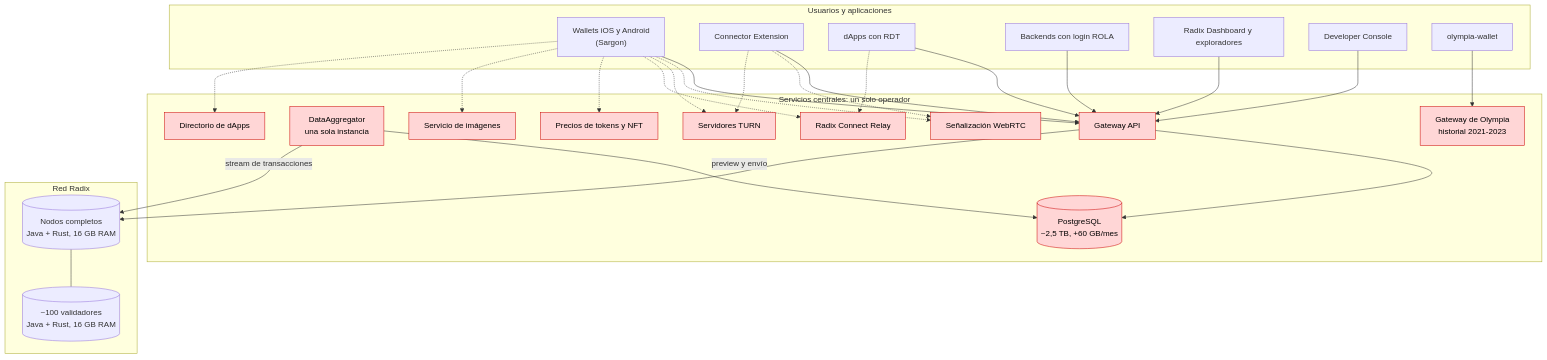
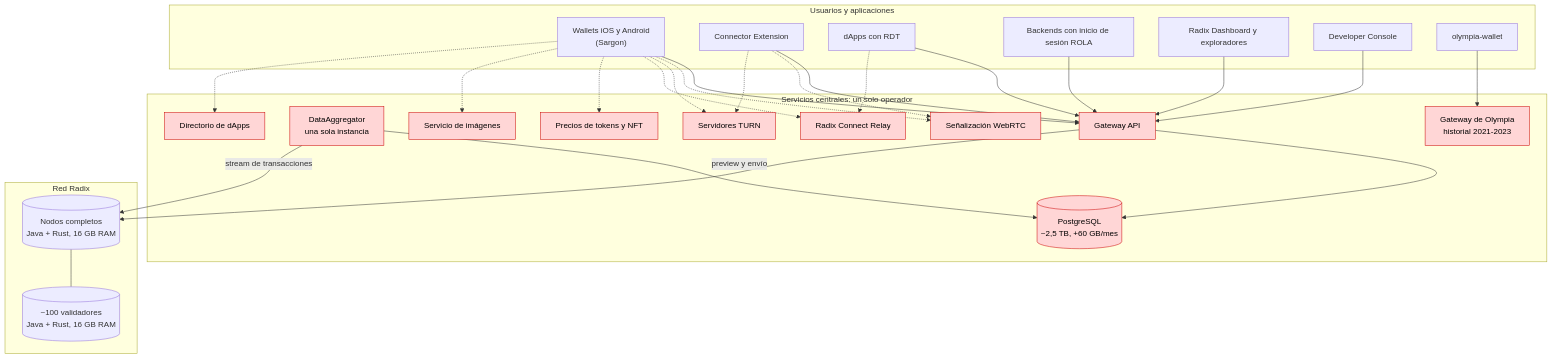
The first of 5 diagrams in README.es.md (dazligth/radix-decentralization-roadmap), drawn with Mermaid before and after one commit. The commit also changed other lines of this file and 29 other files, not shown here.

````diff
--- a/README.es.md
+++ b/README.es.md
@@ -161,51 +204,51 @@
 ```mermaid
 flowchart TB
     subgraph APPS["Usuarios y aplicaciones"]
         W["Wallets iOS y Android<br/>(Sargon)"]
         EXT["Connector Extension"]
         DAPP["dApps con RDT"]
-        ROLA["Backends con login ROLA"]
+        ROLA["Backends con inicio de sesión ROLA"]
         EXP["Radix Dashboard y exploradores"]
         DEV["Developer Console"]
         OLYW["olympia-wallet"]
     end
     subgraph CENTRAL["Servicios centrales: un solo operador"]
         GW["Gateway API"]
         AGG["DataAggregator<br/>una sola instancia"]
         PG[("PostgreSQL<br/>~2,5 TB, +60 GB/mes")]
         SIG["Señalización WebRTC"]
         TURN["Servidores TURN"]
         RELAY["Radix Connect Relay"]
         PRICE["Precios de tokens y NFT"]
         IMG["Servicio de imágenes"]
         DIR["Directorio de dApps"]
         OGW["Gateway de Olympia<br/>historial 2021-2023"]
     end
     subgraph NET["Red Radix"]
         FN[("Nodos completos<br/>Java + Rust, 16 GB RAM")]
         VAL[("~100 validadores<br/>Java + Rust, 16 GB RAM")]
     end
     W --> GW
     EXT --> GW
     DAPP --> GW
     ROLA --> GW
     EXP --> GW
     DEV --> GW
     GW --> PG
     AGG --> PG
     AGG -- "stream de transacciones" --> FN
     GW -- "preview y envío" --> FN
     FN --- VAL
     W -.-> SIG
     EXT -.-> SIG
     W -.-> TURN
     EXT -.-> TURN
     W -.-> RELAY
     DAPP -.-> RELAY
     W -.-> PRICE
     W -.-> IMG
     W -.-> DIR
     OLYW --> OGW
     classDef central fill:#ffd6d6,stroke:#c00,color:#000
     class GW,AGG,PG,SIG,TURN,RELAY,PRICE,IMG,DIR,OGW central
 ```
````
